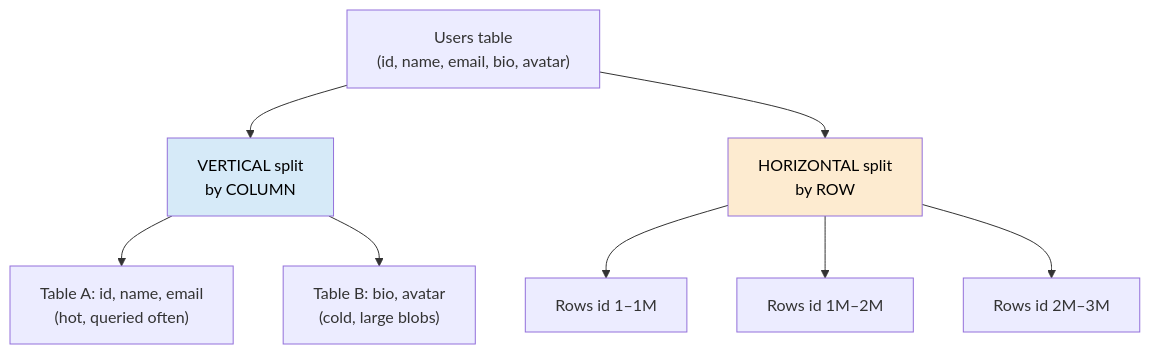
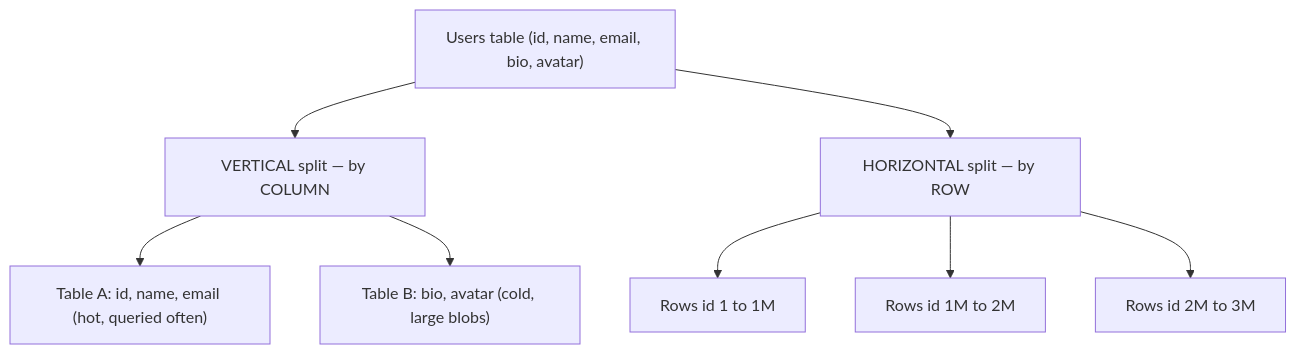
Before and after one commit to mohammad-mriesh-job/cortex: the first of 4 diagrams in src/modules/database/content/09-scaling/02-partitioning-and-sharding.md, drawn with Mermaid. The commit also changed other lines of this file and 257 other files, not shown here.

````diff
--- a/src/modules/database/content/09-scaling/02-partitioning-and-sharding.md
+++ b/src/modules/database/content/09-scaling/02-partitioning-and-sharding.md
@@ -15,13 +15,11 @@
 ```mermaid
 flowchart TB
-    T["Users table<br/>(id, name, email, bio, avatar)"]
-    T --> V["VERTICAL split<br/>by COLUMN"]
-    T --> H["HORIZONTAL split<br/>by ROW"]
-    V --> V1["Table A: id, name, email<br/>(hot, queried often)"]
-    V --> V2["Table B: bio, avatar<br/>(cold, large blobs)"]
-    H --> H1["Rows id 1–1M"]
-    H --> H2["Rows id 1M–2M"]
-    H --> H3["Rows id 2M–3M"]
-    style V fill:#d6eaf8,color:#000
-    style H fill:#fdebd0,color:#000
+    T["Users table (id, name, email, bio, avatar)"]
+    T --> V["VERTICAL split — by COLUMN"]
+    T --> H["HORIZONTAL split — by ROW"]
+    V --> V1["Table A: id, name, email (hot, queried often)"]
+    V --> V2["Table B: bio, avatar (cold, large blobs)"]
+    H --> H1["Rows id 1 to 1M"]
+    H --> H2["Rows id 1M to 2M"]
+    H --> H3["Rows id 2M to 3M"]
 ```
````
